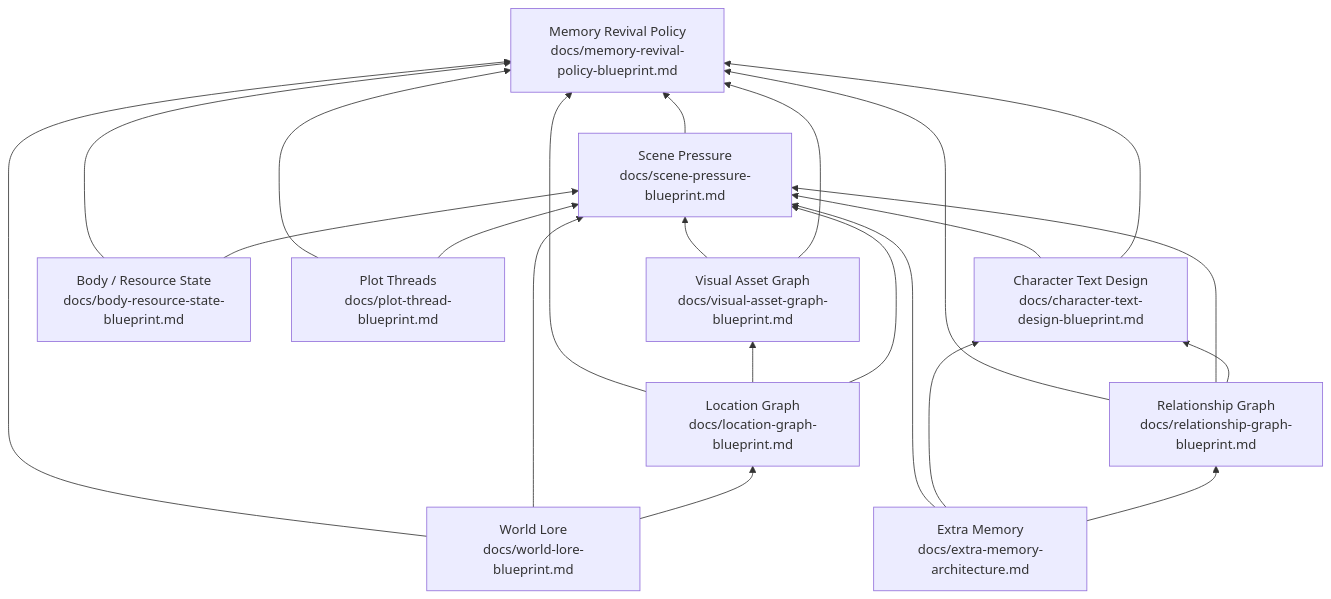
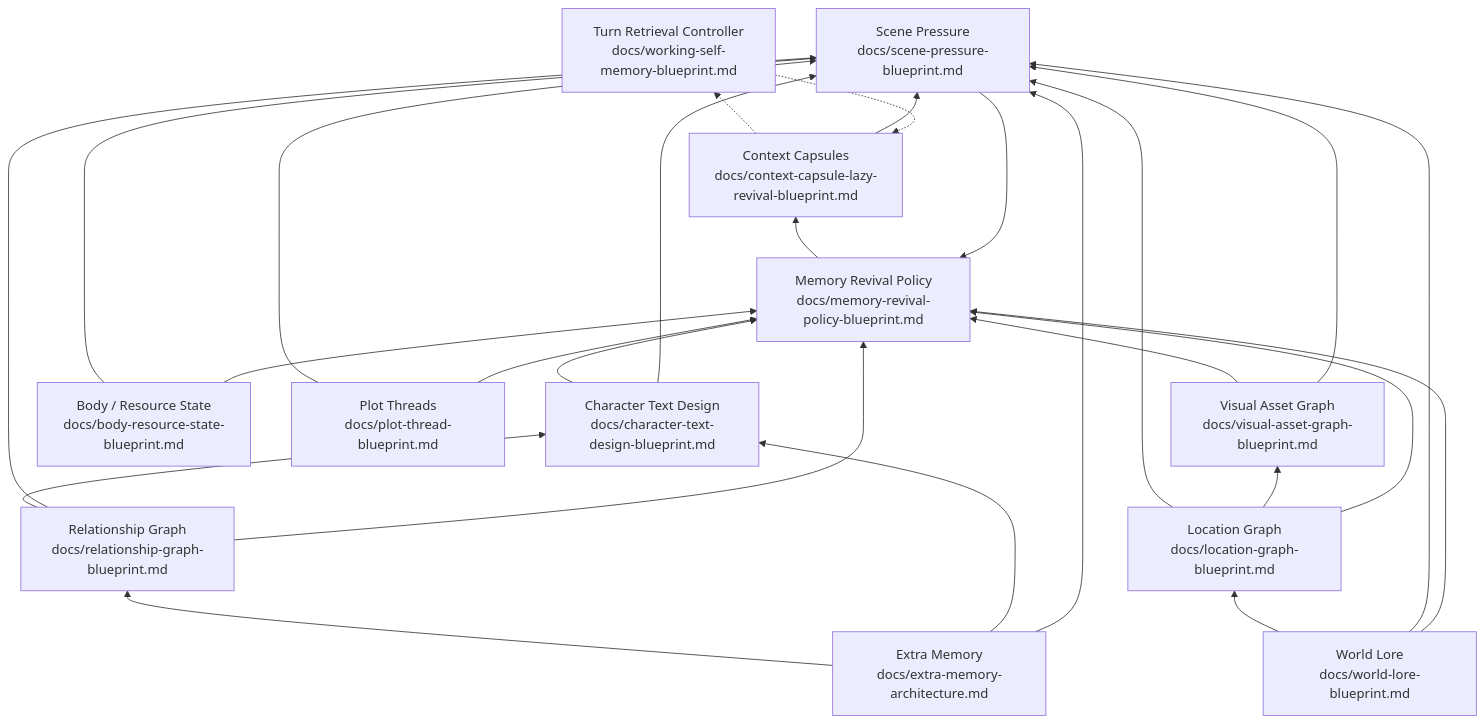
The third of 9 diagrams in docs/blueprint-system-map.md (teukboong/singulariTeaWorld), drawn with Mermaid before and after one commit. The commit also changed 36 other files, not shown here.

````diff
--- a/docs/blueprint-system-map.md
+++ b/docs/blueprint-system-map.md
@@ -118,43 +118,49 @@
 ```mermaid
 flowchart BT
   Extra["Extra Memory<br/>docs/extra-memory-architecture.md"]
   Lore["World Lore<br/>docs/world-lore-blueprint.md"]
   Relations["Relationship Graph<br/>docs/relationship-graph-blueprint.md"]
   CharacterText["Character Text Design<br/>docs/character-text-design-blueprint.md"]
   Location["Location Graph<br/>docs/location-graph-blueprint.md"]
   BodyResource["Body / Resource State<br/>docs/body-resource-state-blueprint.md"]
   Plot["Plot Threads<br/>docs/plot-thread-blueprint.md"]
   Visual["Visual Asset Graph<br/>docs/visual-asset-graph-blueprint.md"]
   Pressure["Scene Pressure<br/>docs/scene-pressure-blueprint.md"]
   RevivalPolicy["Memory Revival Policy<br/>docs/memory-revival-policy-blueprint.md"]
+  RetrievalController["Turn Retrieval Controller<br/>docs/working-self-memory-blueprint.md"]
+  Capsules["Context Capsules<br/>docs/context-capsule-lazy-revival-blueprint.md"]
 
   Extra --> Relations
   Extra --> CharacterText
   Extra --> Pressure
 
   Lore --> Location
   Lore --> Pressure
   Lore --> RevivalPolicy
 
   Relations --> CharacterText
   Relations --> Pressure
   Relations --> RevivalPolicy
 
   CharacterText --> RevivalPolicy
   CharacterText --> Pressure
 
   Location --> Pressure
   Location --> Visual
   Location --> RevivalPolicy
 
   BodyResource --> Pressure
   BodyResource --> RevivalPolicy
 
   Plot --> Pressure
   Plot --> RevivalPolicy
 
   Visual --> RevivalPolicy
   Visual --> Pressure
 
   Pressure --> RevivalPolicy
+  RevivalPolicy --> Capsules
+  Capsules -.-> RetrievalController
+  RetrievalController -.-> Capsules
+  Capsules --> Pressure
 ```
````
